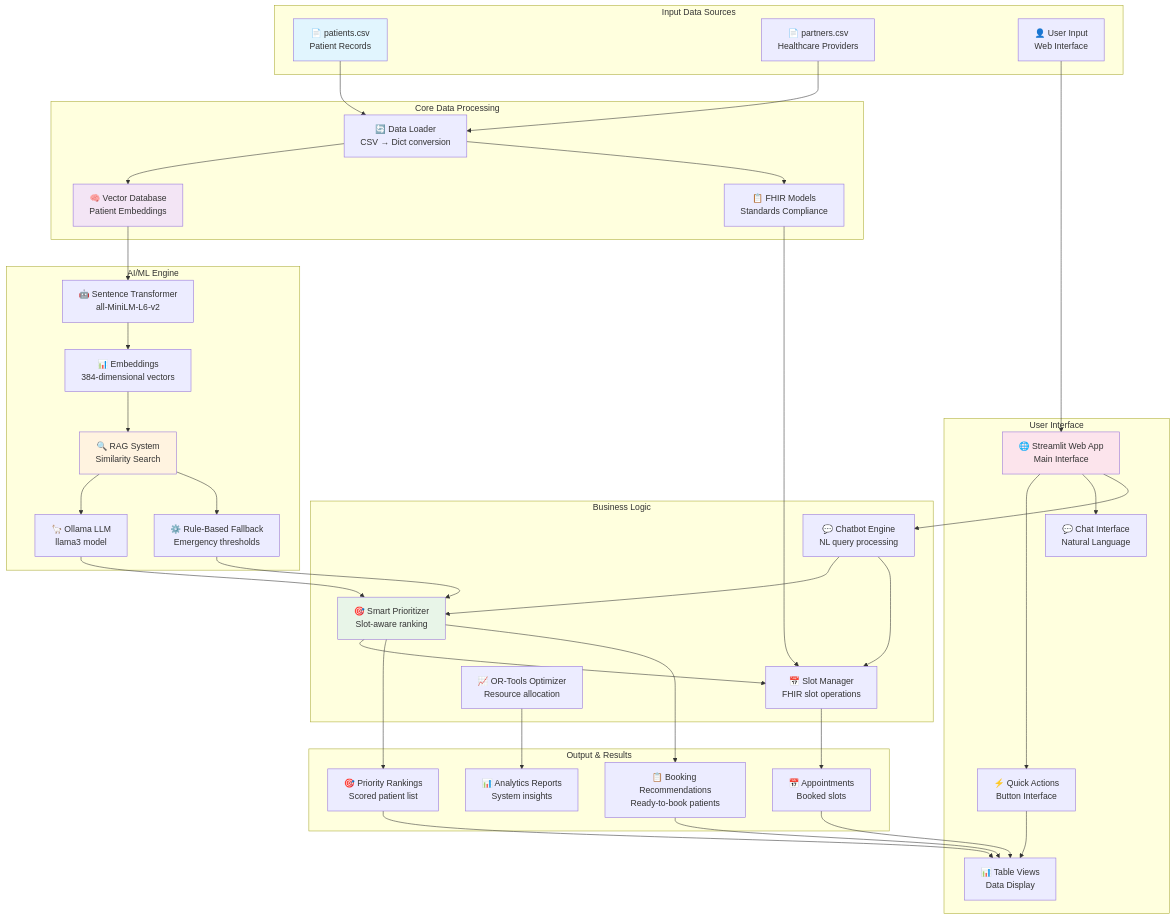
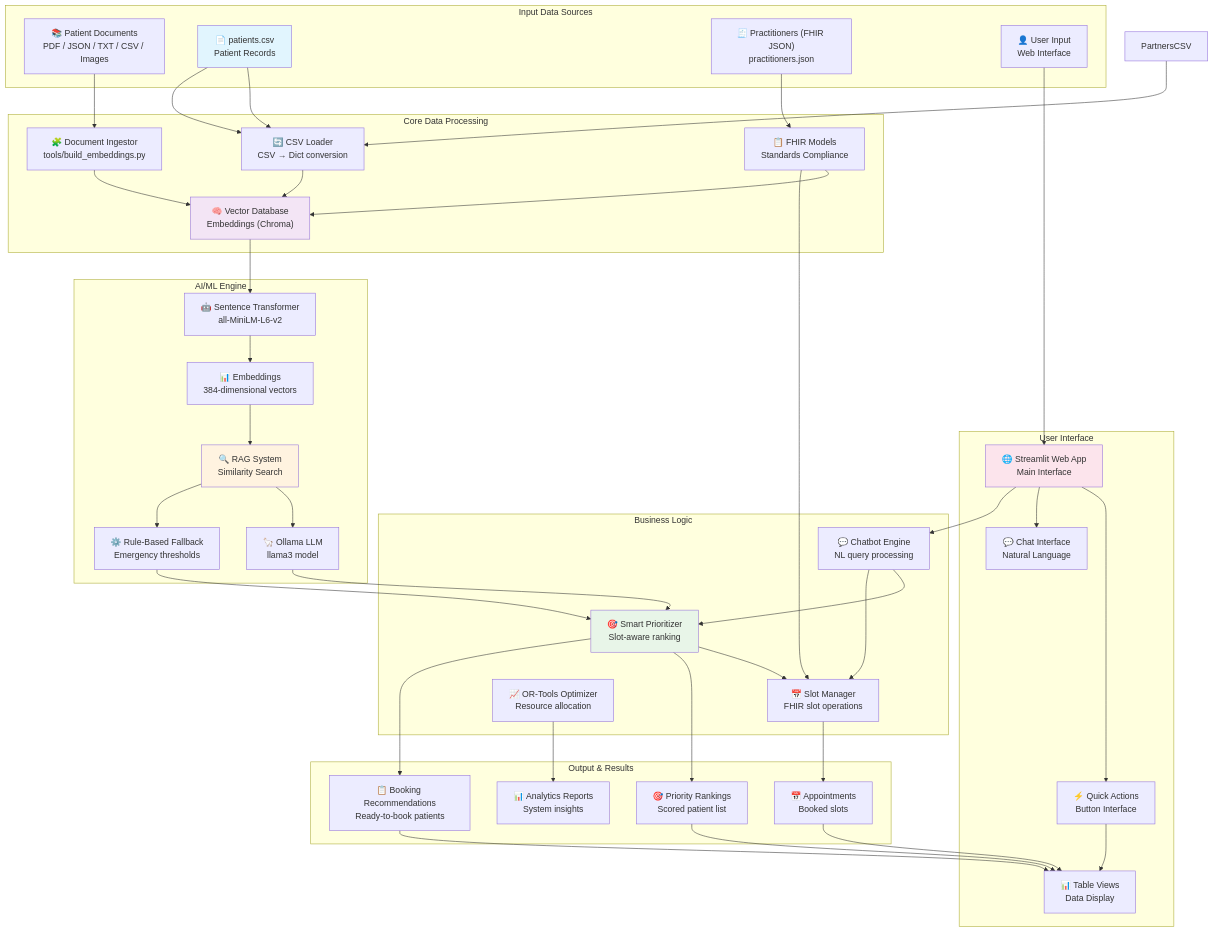
Before and after one commit to ajaydeveloper367/visitIQ: the first of 8 diagrams in docs/TECHNICAL_DOCUMENTATION.md, drawn with Mermaid. The commit also changed other lines of this file, not shown here.

Commit message:
update feed back system

````diff
--- a/docs/TECHNICAL_DOCUMENTATION.md
+++ b/docs/TECHNICAL_DOCUMENTATION.md
@@ -343,14 +343,16 @@
 ```mermaid
 flowchart TD
     subgraph "Input Data Sources"
+        PatientDocs["📚 Patient Documents<br/>PDF / JSON / TXT / CSV / Images"]
         PatientsCSV["📄 patients.csv<br/>Patient Records"]
-        PartnersCSV["📄 partners.csv<br/>Healthcare Providers"]
+        PractitionerJSON["🧾 Practitioners (FHIR JSON)<br/>practitioners.json"]
         UserInput["👤 User Input<br/>Web Interface"]
     end
 
     subgraph "Core Data Processing"
-        DataLoader["🔄 Data Loader<br/>CSV → Dict conversion"]
-        VectorStore["🧠 Vector Database<br/>Patient Embeddings"]
+        DocIngestor["🧩 Document Ingestor<br/>tools/build_embeddings.py"]
+        DataLoader["🔄 CSV Loader<br/>CSV → Dict conversion"]
+        VectorStore["🧠 Vector Database<br/>Embeddings (Chroma)"]
         FHIRModels["📋 FHIR Models<br/>Standards Compliance"]
     end
 
@@ -387,8 +389,13 @@
     PartnersCSV --> DataLoader
     UserInput --> StreamlitApp
     
+    PatientDocs --> DocIngestor
+    PatientsCSV --> DataLoader
+    PractitionerJSON --> FHIRModels
+
+    DocIngestor --> VectorStore
     DataLoader --> VectorStore
-    DataLoader --> FHIRModels
+    FHIRModels --> VectorStore
     
     VectorStore --> SentenceTransformer
     SentenceTransformer --> Embeddings
````
